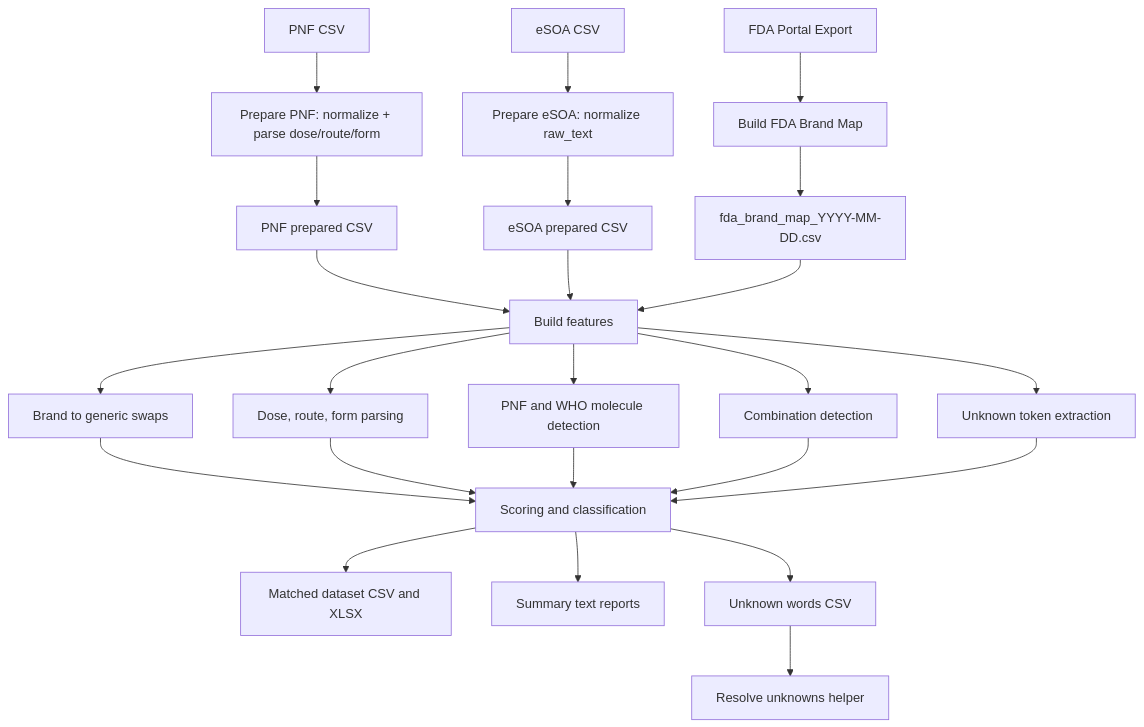
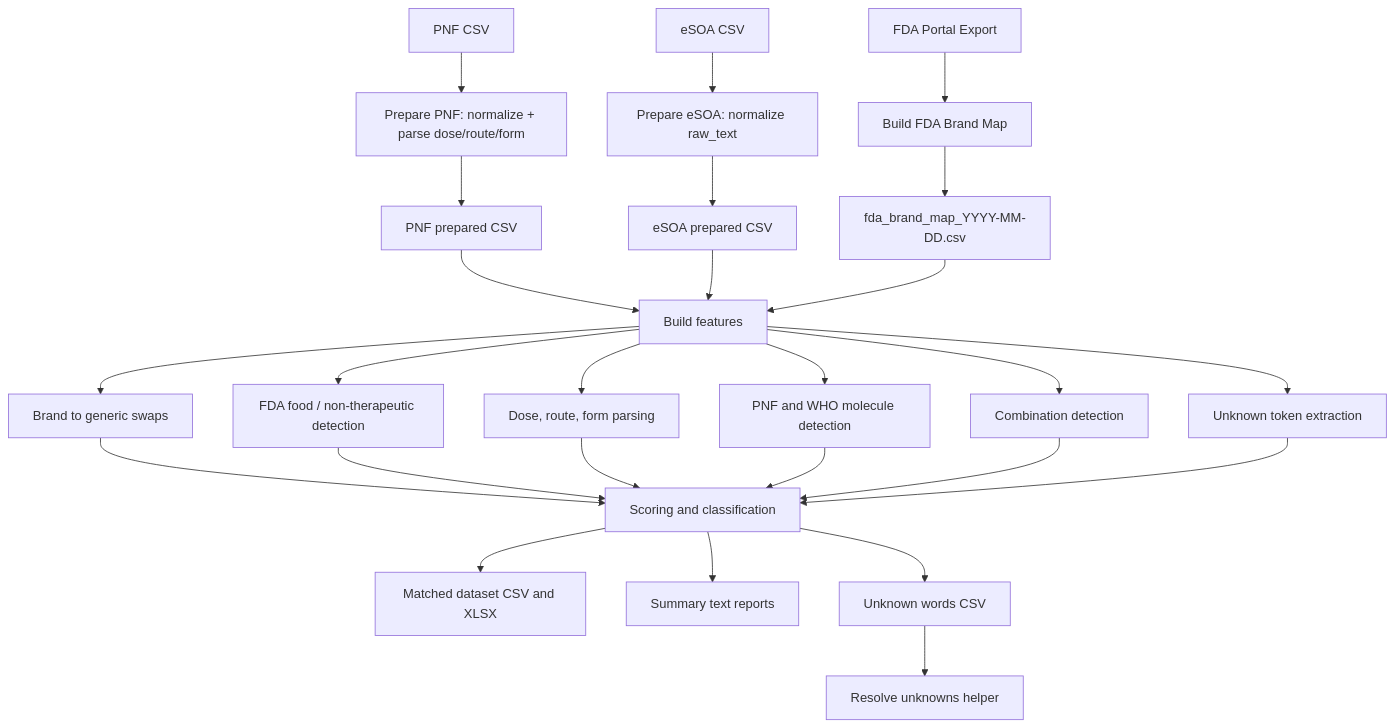
Before and after one commit to carlosresu/esoa: the diagram in README.md, drawn with Mermaid. The commit also changed other lines of this file and 3 other files, not shown here.

Commit message:
Document FDA food detection and export debug columns

````diff
--- a/README.md
+++ b/README.md
@@ -53,30 +54,32 @@
 ```mermaid
 flowchart TD
     A[PNF CSV] --> B[Prepare PNF: normalize + parse dose/route/form]
     A2[eSOA CSV] --> C[Prepare eSOA: normalize raw_text]
     B --> D[PNF prepared CSV]
     C --> E[eSOA prepared CSV]
 
     F[FDA Portal Export] --> G[Build FDA Brand Map]
     G --> H[fda_brand_map_YYYY-MM-DD.csv]
 
     D --> I[Build features]
     E --> I
     H --> I
     I --> J[Brand to generic swaps]
+    I --> J2[FDA food / non-therapeutic detection]
     I --> K[Dose, route, form parsing]
     I --> L[PNF and WHO molecule detection]
     I --> M[Combination detection]
     I --> N[Unknown token extraction]
 
     J --> O[Scoring and classification]
+    J2 --> O
     K --> O
     L --> O
     M --> O
     N --> O
     O --> P[Matched dataset CSV and XLSX]
     O --> Q[Summary text reports]
     O --> R[Unknown words CSV]
 
     R --> S[Resolve unknowns helper]
 ```
````
